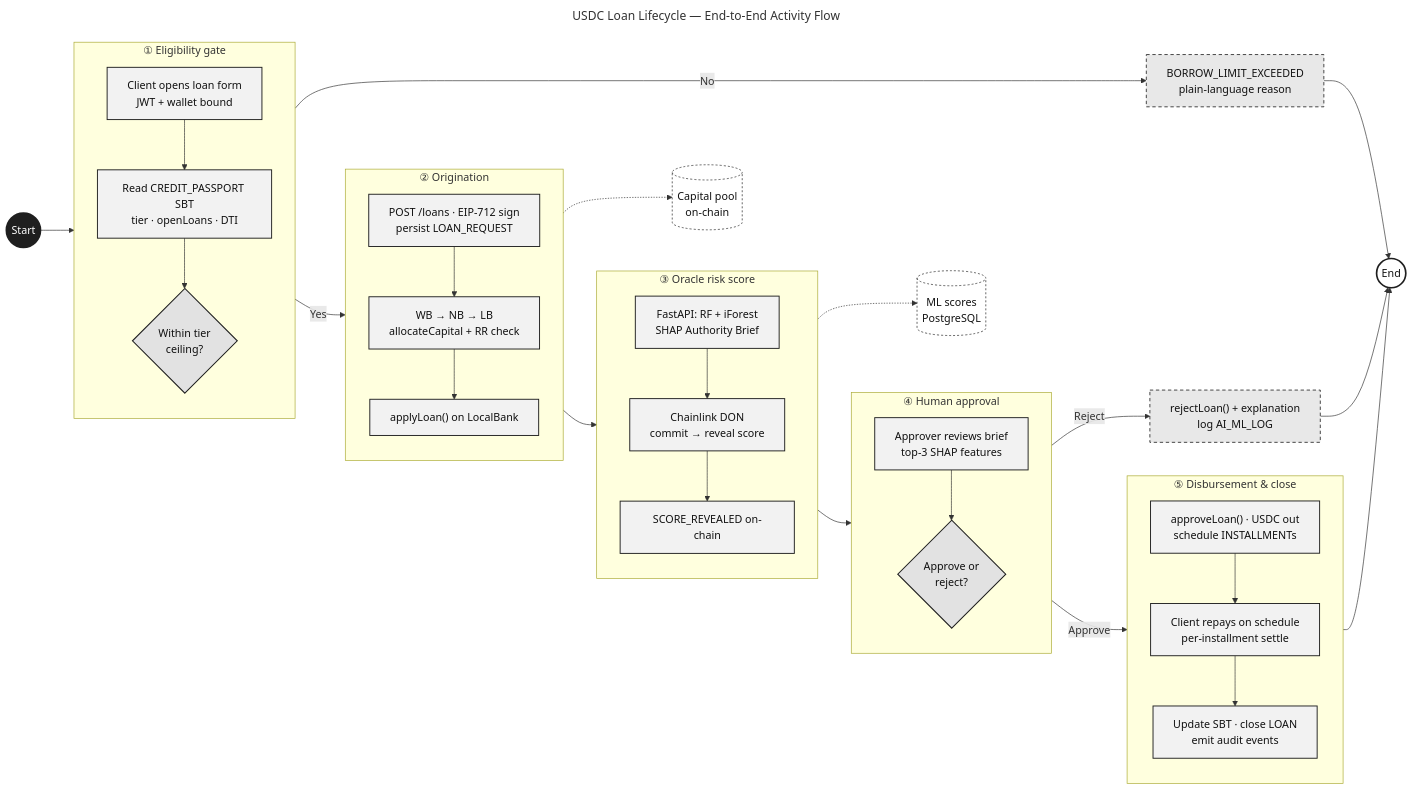
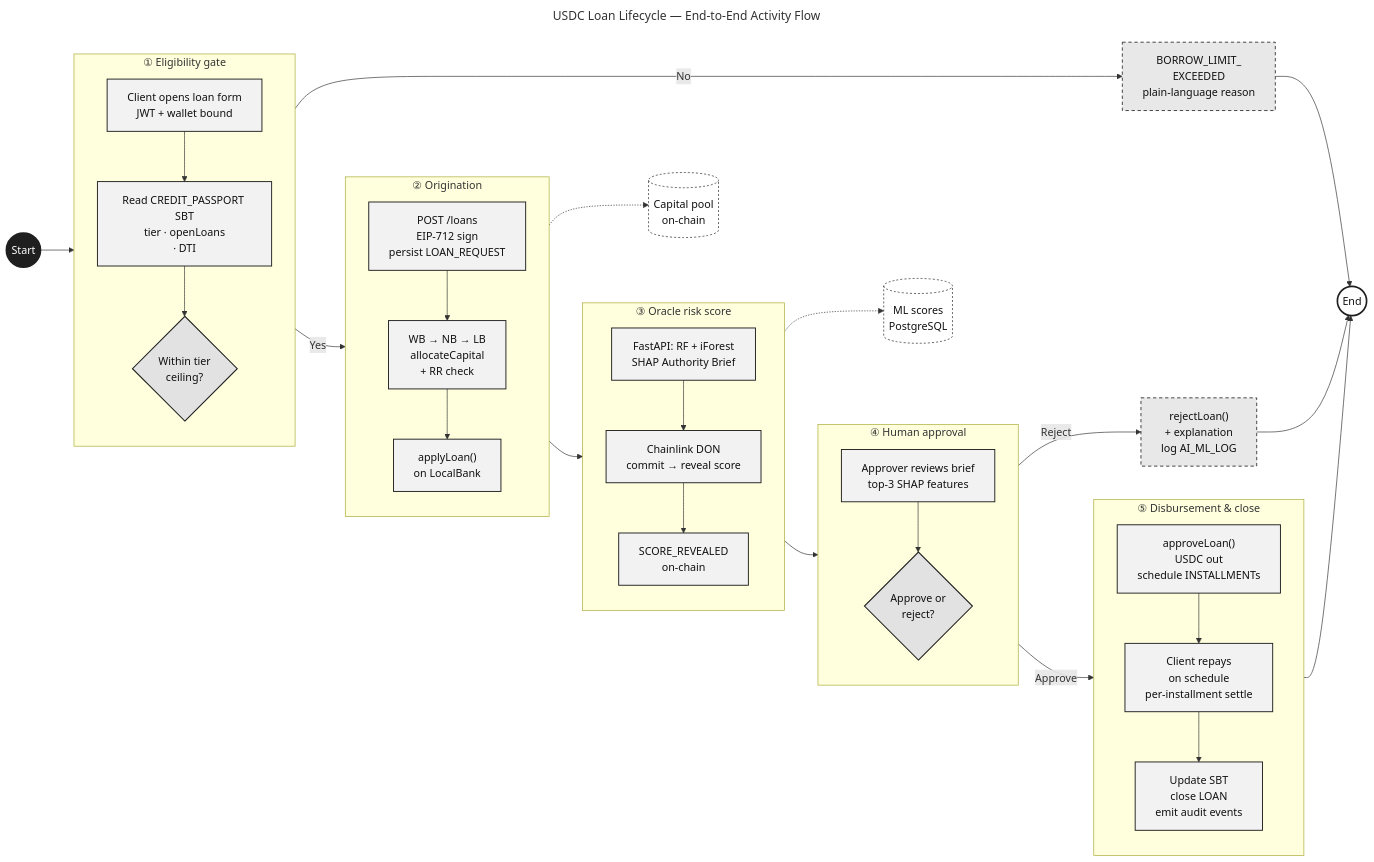
The diagram in Documentation/Diagrams/mermaid-src/improved diagrams/fig-activity-lending.mmd (Yuvraajrahman/Cryto-World-Bank), drawn with Mermaid before and after one commit. The commit also changed 115 other files, not shown here.

Commit message:
updated and fixed diagrams

```diff
--- a/Documentation/Diagrams/mermaid-src/improved diagrams/fig-activity-lending.mmd
+++ b/Documentation/Diagrams/mermaid-src/improved diagrams/fig-activity-lending.mmd
@@ -1,63 +1,63 @@
 ---
 title: USDC Loan Lifecycle — End-to-End Activity Flow
 ---
 flowchart LR
     classDef start  fill:#1F1F1F,color:#FFFFFF,stroke:#1F1F1F,stroke-width:2.5px
     classDef finish fill:#FFFFFF,color:#111111,stroke:#1F1F1F,stroke-width:2.5px
     classDef phase  fill:#FAFAFA,stroke:#1F1F1F,stroke-width:1.6px,color:#111111
     classDef act    fill:#F2F2F2,stroke:#1F1F1F,stroke-width:1.4px,color:#111111
     classDef dec    fill:#E2E2E2,stroke:#1F1F1F,stroke-width:1.6px,color:#111111
     classDef exit   fill:#E8E8E8,stroke:#1F1F1F,stroke-width:1.2px,color:#111111,stroke-dasharray:5 4
     classDef store  fill:#FFFFFF,stroke:#1F1F1F,stroke-width:1px,color:#111111,stroke-dasharray:3 3
 
     S(("Start")):::start
 
     subgraph P1[" ① Eligibility gate "]
         direction TB
         P1A["Client opens loan form<br/>JWT + wallet bound"]:::act
-        P1B["Read CREDIT_PASSPORT SBT<br/>tier · openLoans · DTI"]:::act
+        P1B["Read CREDIT_PASSPORT SBT<br/>tier · openLoans<br/>· DTI"]:::act
         P1C{Within tier<br/>ceiling?}:::dec
         P1A --> P1B --> P1C
     end
 
     subgraph P2[" ② Origination "]
         direction TB
-        P2A["POST /loans · EIP-712 sign<br/>persist LOAN_REQUEST"]:::act
-        P2B["WB → NB → LB<br/>allocateCapital + RR check"]:::act
-        P2C["applyLoan() on LocalBank"]:::act
+        P2A["POST /loans<br/>EIP-712 sign<br/>persist LOAN_REQUEST"]:::act
+        P2B["WB → NB → LB<br/>allocateCapital<br/>+ RR check"]:::act
+        P2C["applyLoan()<br/>on LocalBank"]:::act
         P2A --> P2B --> P2C
     end
 
     subgraph P3[" ③ Oracle risk score "]
         direction TB
         P3A["FastAPI: RF + iForest<br/>SHAP Authority Brief"]:::act
         P3B["Chainlink DON<br/>commit → reveal score"]:::act
-        P3C["SCORE_REVEALED on-chain"]:::act
+        P3C["SCORE_REVEALED<br/>on-chain"]:::act
         P3A --> P3B --> P3C
     end
 
     subgraph P4[" ④ Human approval "]
         direction TB
         P4A["Approver reviews brief<br/>top-3 SHAP features"]:::act
         P4B{Approve or<br/>reject?}:::dec
         P4A --> P4B
     end
 
     subgraph P5[" ⑤ Disbursement & close "]
         direction TB
-        P5A["approveLoan() · USDC out<br/>schedule INSTALLMENTs"]:::act
-        P5B["Client repays on schedule<br/>per-installment settle"]:::act
-        P5C["Update SBT · close LOAN<br/>emit audit events"]:::act
+        P5A["approveLoan()<br/>USDC out<br/>schedule INSTALLMENTs"]:::act
+        P5B["Client repays<br/>on schedule<br/>per-installment settle"]:::act
+        P5C["Update SBT<br/>close LOAN<br/>emit audit events"]:::act
         P5A --> P5B --> P5C
     end
 
     E(("End")):::finish
 
     S --> P1
-    P1C -- "No" --> X1["BORROW_LIMIT_EXCEEDED<br/>plain-language reason"]:::exit --> E
+    P1C -- "No" --> X1["BORROW_LIMIT_<br/>EXCEEDED<br/>plain-language reason"]:::exit --> E
     P1C -- "Yes" --> P2 --> P3 --> P4
-    P4B -- "Reject" --> X2["rejectLoan() + explanation<br/>log AI_ML_LOG"]:::exit --> E
+    P4B -- "Reject" --> X2["rejectLoan()<br/>+ explanation<br/>log AI_ML_LOG"]:::exit --> E
     P4B -- "Approve" --> P5 --> E
 
     P2B -.-> D1[("Capital pool<br/>on-chain")]:::store
     P3A -.-> D2[("ML scores<br/>PostgreSQL")]:::store
```
